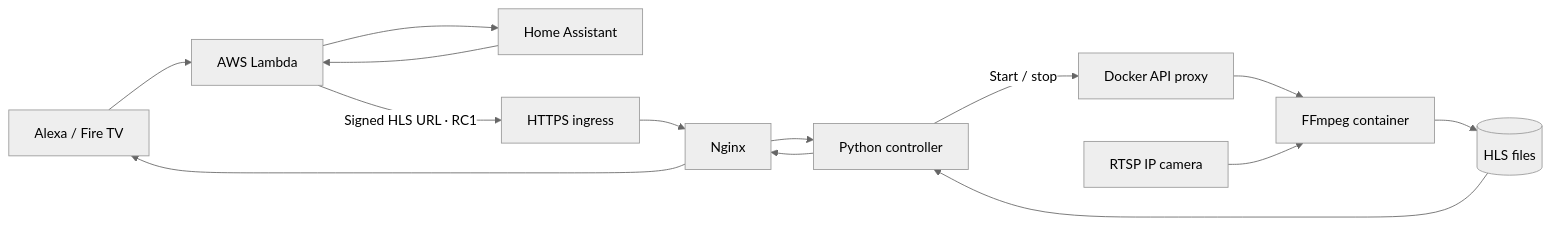
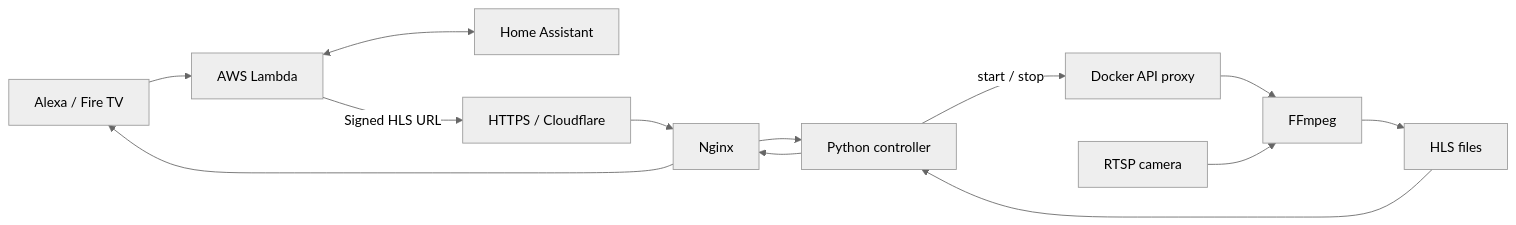
The diagram in README.md (RenanEspinar/Alexa-RTSP-Bridge), drawn with Mermaid (neutral theme) before and after one commit. The commit also changed other lines of this file and 11 other files, not shown here.

````diff
--- a/README.md
+++ b/README.md
@@ -42,16 +36,15 @@
 ```mermaid
 flowchart LR
     A["Alexa / Fire TV"] --> B["AWS Lambda"]
-    B --> C["Home Assistant"]
-    C --> B
-    B -->|"Signed HLS URL · RC1"| D["HTTPS ingress"]
+    B <--> C["Home Assistant"]
+    B -->|"Signed HLS URL"| D["HTTPS / Cloudflare"]
     D --> E["Nginx"]
     E --> F["Python controller"]
-    F -->|"Start / stop"| G["Docker API proxy"]
-    G --> H["FFmpeg container"]
-    I["RTSP IP camera"] --> H
-    H --> J[("HLS files")]
+    F -->|"start / stop"| G["Docker API proxy"]
+    G --> H["FFmpeg"]
+    I["RTSP camera"] --> H
+    H --> J["HLS files"]
     J --> F
     F --> E
     E --> A
 ```
````
